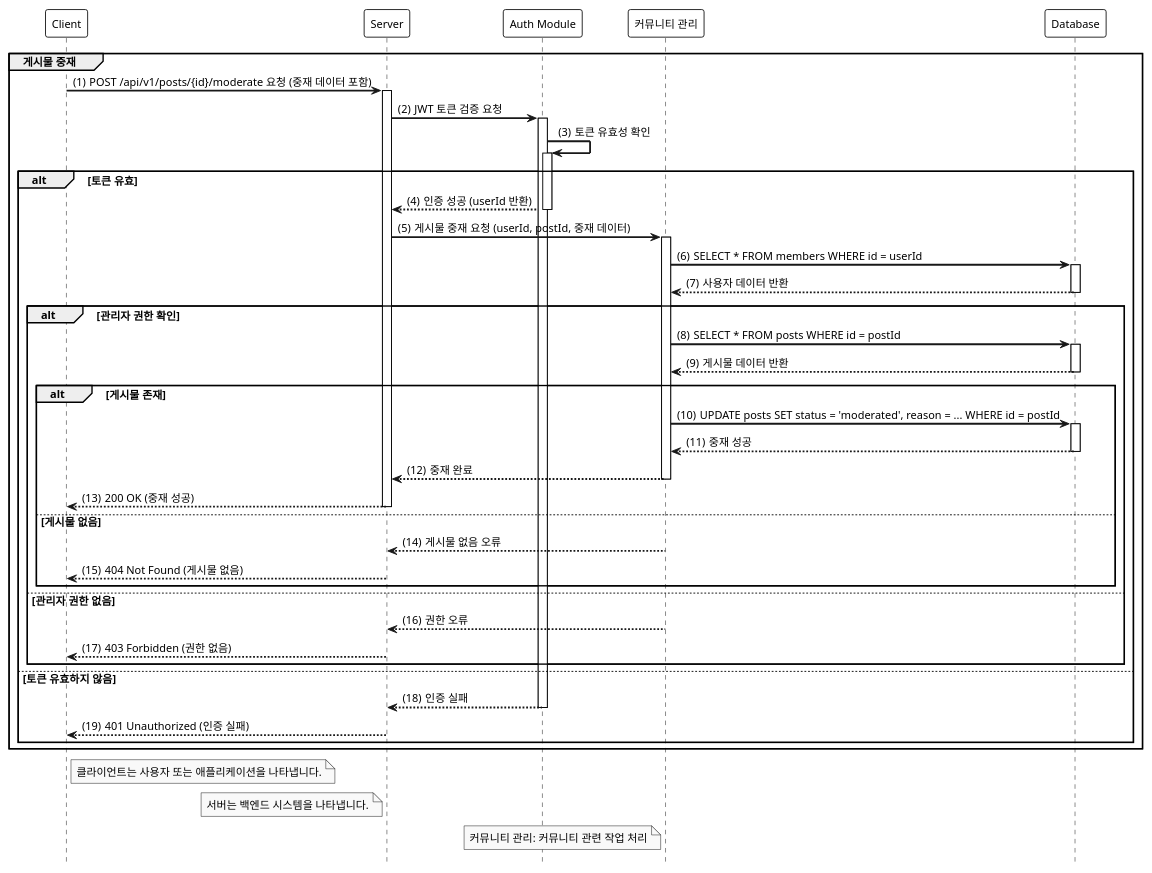
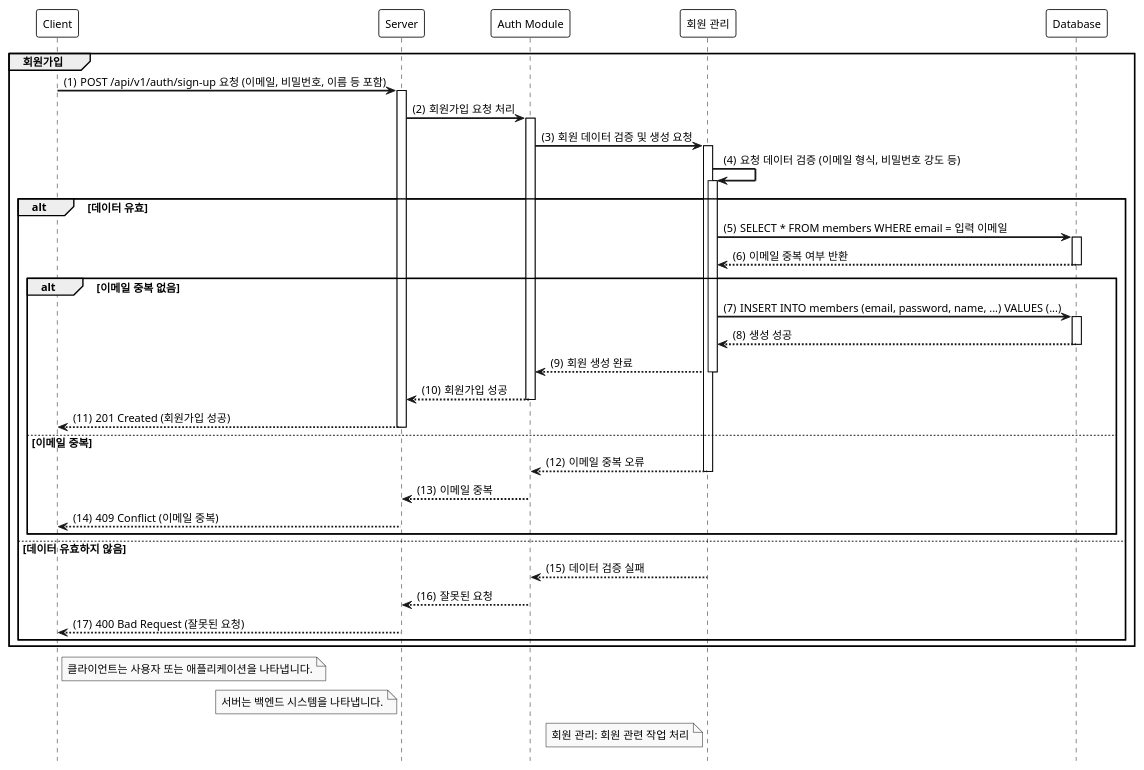
One commit to sumin220/SpringBoot_MemberBoard changed the diagram in Document/sample1.puml. Above: the diagram before and after it, drawn with PlantUML.

Commit message:
:sparkles: [Feat]: manage user

```diff
--- a/Document/sample1.puml
+++ b/Document/sample1.puml
@@ -1,63 +1,58 @@
 @startuml
 
 hide footbox
 autoactivate on
 
 ' 스타일 설정
 skinparam monochrome true
 skinparam shadowing false
 skinparam defaultFontSize 12
 skinparam defaultFontName Arial
 skinparam activityBackgroundColor #EFEFEF
 skinparam activityBorderColor #CCCCCC
 skinparam sequenceArrowThickness 2
 skinparam sequenceParticipantBorderThickness 1
 skinparam sequenceParticipantBackgroundColor #FFFFFF
 skinparam sequenceLifeLineBorderColor #000000
 skinparam sequenceLifeLineBackgroundColor #FFFFFF
 skinparam noteBackgroundColor #FFFFCC
 skinparam noteBorderColor #000000
 
 participant "Client" as C
 participant "Server" as S
 participant "Auth Module" as AM
-participant "커뮤니티 관리" as CM
+participant "회원 관리" as MM
 participant "Database" as DB
 
-group 게시물 중재
+group 회원가입
     autonumber 1 "(0)"
-    C -> S: POST /api/v1/posts/{id}/moderate 요청 (중재 데이터 포함)
-    S -> AM: JWT 토큰 검증 요청
-    AM -> AM: 토큰 유효성 확인
-    alt 토큰 유효
-        AM --> S: 인증 성공 (userId 반환)
-        S -> CM: 게시물 중재 요청 (userId, postId, 중재 데이터)
-        CM -> DB: SELECT * FROM members WHERE id = userId
-        DB --> CM: 사용자 데이터 반환
-        alt 관리자 권한 확인
-            CM -> DB: SELECT * FROM posts WHERE id = postId
-            DB --> CM: 게시물 데이터 반환
-            alt 게시물 존재
-                CM -> DB: UPDATE posts SET status = 'moderated', reason = ... WHERE id = postId
-                DB --> CM: 중재 성공
-                CM --> S: 중재 완료
-                S --> C: 200 OK (중재 성공)
-            else 게시물 없음
-                CM --> S: 게시물 없음 오류
-                S --> C: 404 Not Found (게시물 없음)
-            end
-        else 관리자 권한 없음
-            CM --> S: 권한 오류
-            S --> C: 403 Forbidden (권한 없음)
+    C -> S: POST /api/v1/auth/sign-up 요청 (이메일, 비밀번호, 이름 등 포함)
+    S -> AM: 회원가입 요청 처리
+    AM -> MM: 회원 데이터 검증 및 생성 요청
+    MM -> MM: 요청 데이터 검증 (이메일 형식, 비밀번호 강도 등)
+    alt 데이터 유효
+        MM -> DB: SELECT * FROM members WHERE email = 입력 이메일
+        DB --> MM: 이메일 중복 여부 반환
+        alt 이메일 중복 없음
+            MM -> DB: INSERT INTO members (email, password, name, ...) VALUES (...)
+            DB --> MM: 생성 성공
+            MM --> AM: 회원 생성 완료
+            AM --> S: 회원가입 성공
+            S --> C: 201 Created (회원가입 성공)
+        else 이메일 중복
+            MM --> AM: 이메일 중복 오류
+            AM --> S: 이메일 중복
+            S --> C: 409 Conflict (이메일 중복)
         end
-    else 토큰 유효하지 않음
-        AM --> S: 인증 실패
-        S --> C: 401 Unauthorized (인증 실패)
+    else 데이터 유효하지 않음
+        MM --> AM: 데이터 검증 실패
+        AM --> S: 잘못된 요청
+        S --> C: 400 Bad Request (잘못된 요청)
     end
 end
 
 note right of C: 클라이언트는 사용자 또는 애플리케이션을 나타냅니다.
 note left of S: 서버는 백엔드 시스템을 나타냅니다.
-note left of CM: 커뮤니티 관리: 커뮤니티 관련 작업 처리
+note left of MM: 회원 관리: 회원 관련 작업 처리
 
 @enduml
```
